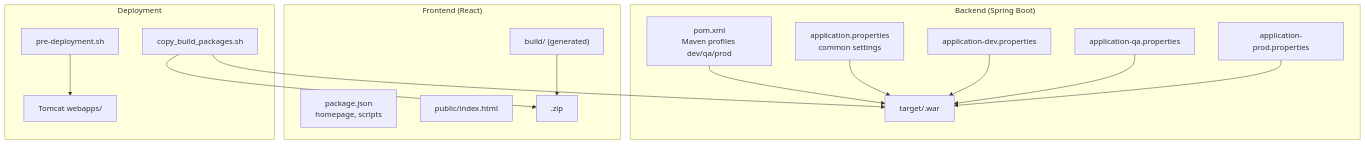
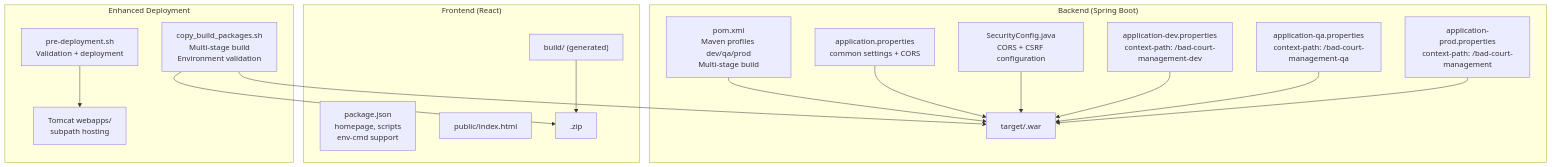
One commit to Vissel/badminton-court-management changed the first of 10 diagrams in .qoder/repowiki/en/content/Deployment & Operations.md. Above: the diagram before and after it, drawn with Mermaid. The commit also changed other lines of this file and 36 other files, not shown here.

````diff
--- a/.qoder/repowiki/en/content/Deployment & Operations.md
+++ b/.qoder/repowiki/en/content/Deployment & Operations.md
@@ -41,31 +56,33 @@
 ```mermaid
 graph TB
 subgraph "Backend (Spring Boot)"
-POM["pom.xml<br/>Maven profiles dev/qa/prod"]
-APP_PROPS["application.properties<br/>common settings"]
-ENV_DEV["application-dev.properties"]
-ENV_QA["application-qa.properties"]
-ENV_PROD["application-prod.properties"]
+POM["pom.xml<br/>Maven profiles dev/qa/prod<br/>Multi-stage build"]
+APP_PROPS["application.properties<br/>common settings + CORS"]
+SECURITY_CONFIG["SecurityConfig.java<br/>CORS + CSRF configuration"]
+ENV_DEV["application-dev.properties<br/>context-path: /bad-court-management-dev"]
+ENV_QA["application-qa.properties<br/>context-path: /bad-court-management-qa"]
+ENV_PROD["application-prod.properties<br/>context-path: /bad-court-management"]
 TARGET["target/<finalName>.war"]
 end
 subgraph "Frontend (React)"
-PKG["package.json<br/>homepage, scripts"]
+PKG["package.json<br/>homepage, scripts<br/>env-cmd support"]
 PUBLIC_HTML["public/index.html"]
 BUILD["build/ (generated)"]
 ZIP["<frontend-context>.zip"]
 end
-subgraph "Deployment"
-COPY["copy_build_packages.sh"]
-PRE["pre-deployment.sh"]
-TOMCAT["Tomcat webapps/"]
+subgraph "Enhanced Deployment"
+COPY["copy_build_packages.sh<br/>Multi-stage build<br/>Environment validation"]
+PRE["pre-deployment.sh<br/>Validation + deployment"]
+TOMCAT["Tomcat webapps/<br/>subpath hosting"]
 end
 POM --> TARGET
 APP_PROPS --> TARGET
+SECURITY_CONFIG --> TARGET
 ENV_DEV --> TARGET
 ENV_QA --> TARGET
 ENV_PROD --> TARGET
 BUILD --> ZIP
 COPY --> ZIP
 COPY --> TARGET
 PRE --> TOMCAT
 ```
````
